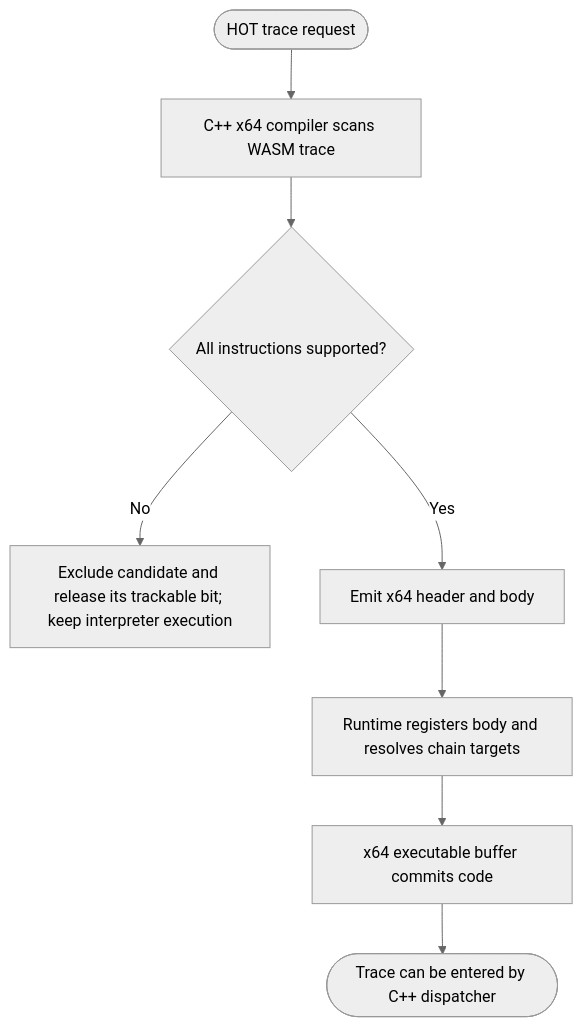
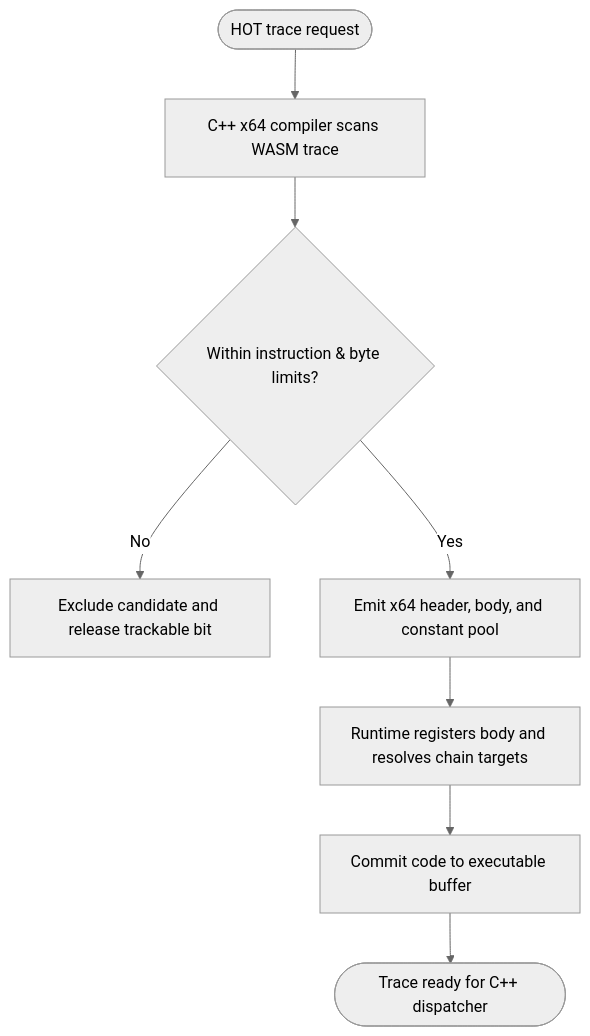
Before and after one commit to kmt-t/fireball: the second of 4 diagrams in docs/components/tier3_plugins/jit_compiler.md, drawn with Mermaid (neutral theme). The commit also changed other lines of this file, not shown here.

````diff
--- a/docs/components/tier3_plugins/jit_compiler.md
+++ b/docs/components/tier3_plugins/jit_compiler.md
@@ -261,10 +134,10 @@
 ```mermaid
 flowchart TD
     Start(["HOT trace request"]) --> Scan["C++ x64 compiler scans WASM trace"]
-    Scan --> Supported{"All instructions supported?"}
-    Supported -- "No" --> Fallback["Exclude candidate and release its trackable bit; keep interpreter execution"]
-    Supported -- "Yes" --> Emit["Emit x64 header and body"]
+    Scan --> Supported{"Within instruction & byte limits?"}
+    Supported -- "No" --> Fallback["Exclude candidate and release trackable bit"]
+    Supported -- "Yes" --> Emit["Emit x64 header, body, and constant pool"]
     Emit --> Register["Runtime registers body and resolves chain targets"]
-    Register --> Protect["x64 executable buffer commits code"]
-    Protect --> Ready(["Trace can be entered by C++ dispatcher"])
+    Register --> Protect["Commit code to executable buffer"]
+    Protect --> Ready(["Trace ready for C++ dispatcher"])
 ```
````
